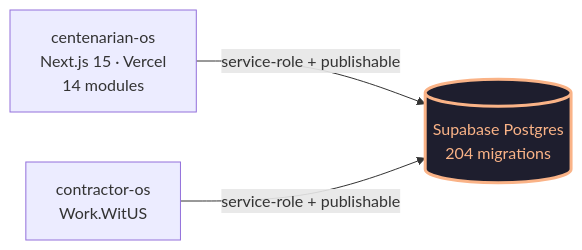
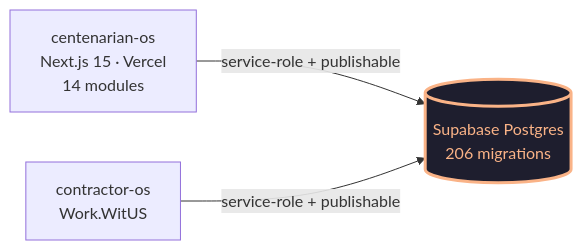
Before and after one commit to dapperAuteur/centenarian-os: the diagram in README.md, drawn with Mermaid. The commit also changed other lines of this file and 2 other files, not shown here.

````diff
--- a/README.md
+++ b/README.md
@@ -27,12 +27,12 @@
 ```mermaid
 flowchart LR
   classDef shared fill:#1e1e2e,stroke:#fab387,color:#fab387,stroke-width:3px
   classDef external fill:#11111b,stroke:#a6adc8,color:#a6adc8
 
   CentOS[centenarian-os<br/>Next.js 15 · Vercel<br/>14 modules]
   Contractor[contractor-os<br/>Work.WitUS]
-  DB[(Supabase Postgres<br/>204 migrations)]:::shared
+  DB[(Supabase Postgres<br/>206 migrations)]:::shared
 
   CentOS -->|service-role + publishable| DB
   Contractor -->|service-role + publishable| DB
 ```
````
